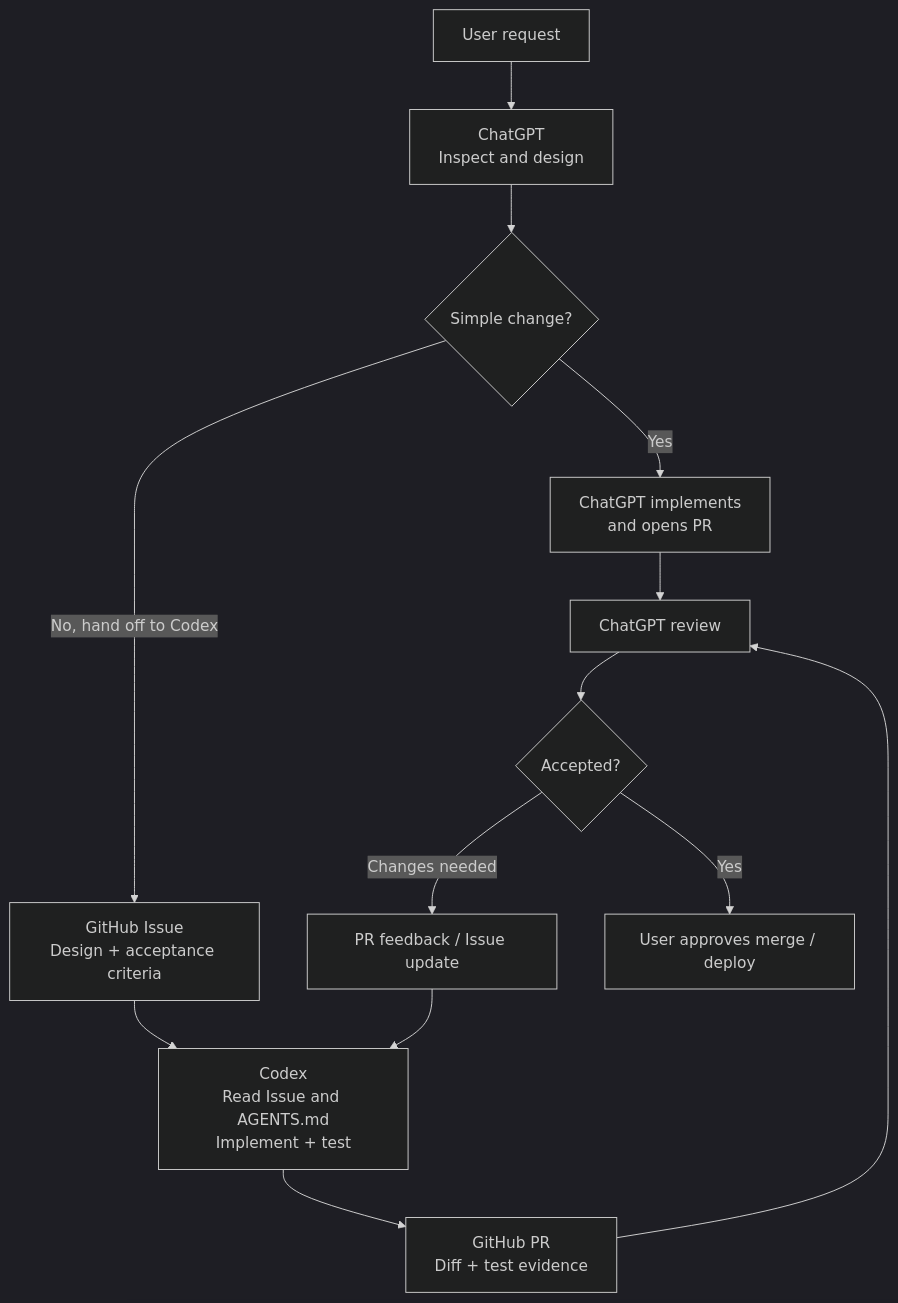
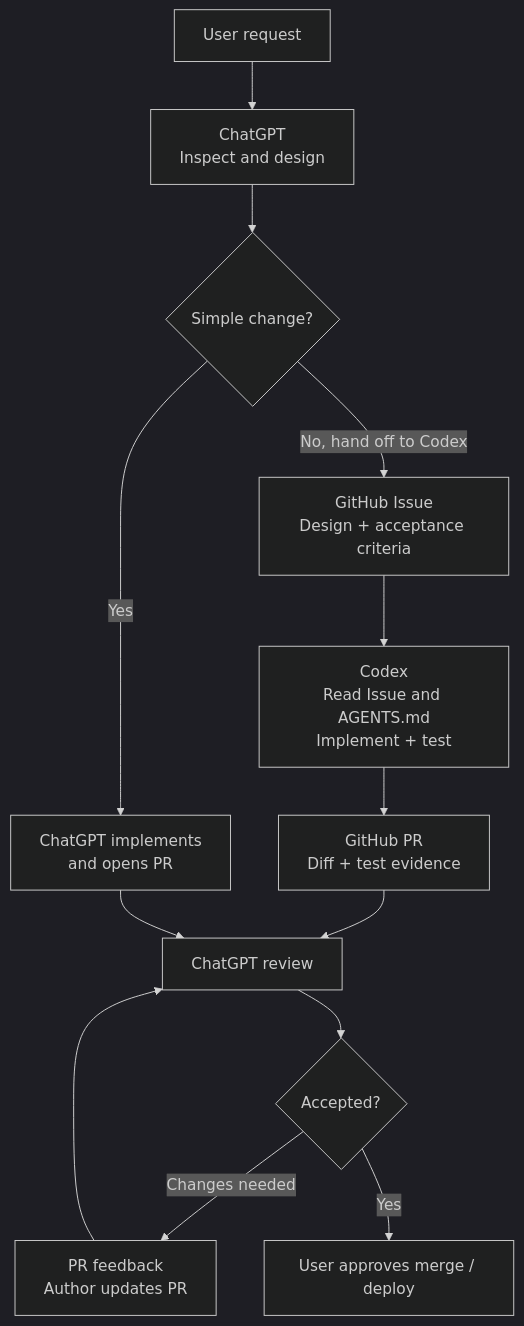
Before and after one commit to chenxian3li/ChatGPT-with-Codex-workflow: the diagram in README.md, drawn with Mermaid (dark theme).

Commit message:
docs: keep PR feedback loop valid for both ChatGPT and Codex

````diff
--- a/README.md
+++ b/README.md
@@ -18,15 +18,15 @@
 ```mermaid
 flowchart TD
     U["User request"] --> G["ChatGPT<br/>Inspect and design"]
     G --> Q{"Simple change?"}
     Q -->|"Yes"| S["ChatGPT implements<br/>and opens PR"]
     Q -->|"No, hand off to Codex"| I["GitHub Issue<br/>Design + acceptance criteria"]
     I --> C["Codex<br/>Read Issue and AGENTS.md<br/>Implement + test"]
     C --> P["GitHub PR<br/>Diff + test evidence"]
     P --> R["ChatGPT review"]
     S --> R
     R --> D{"Accepted?"}
-    D -->|"Changes needed"| F["PR feedback / Issue update"]
-    F --> C
+    D -->|"Changes needed"| F["PR feedback<br/>Author updates PR"]
+    F --> R
     D -->|"Yes"| M["User approves merge / deploy"]
 ```
````
